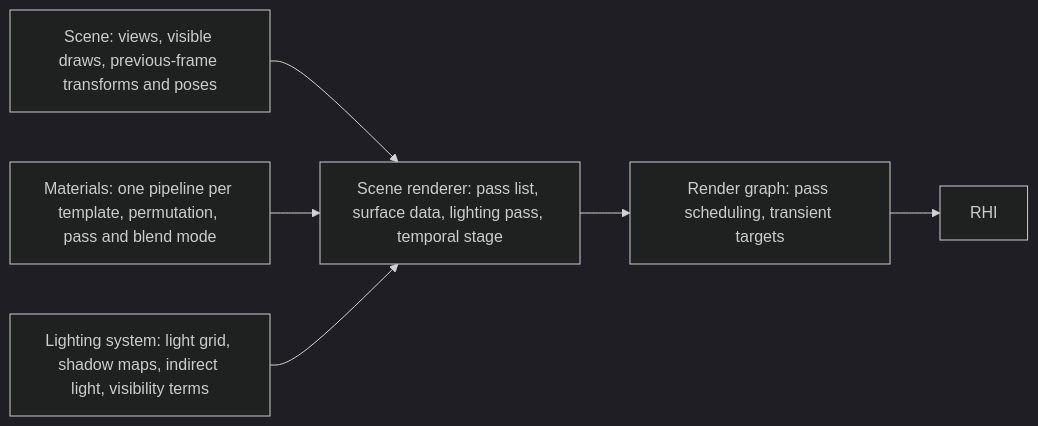
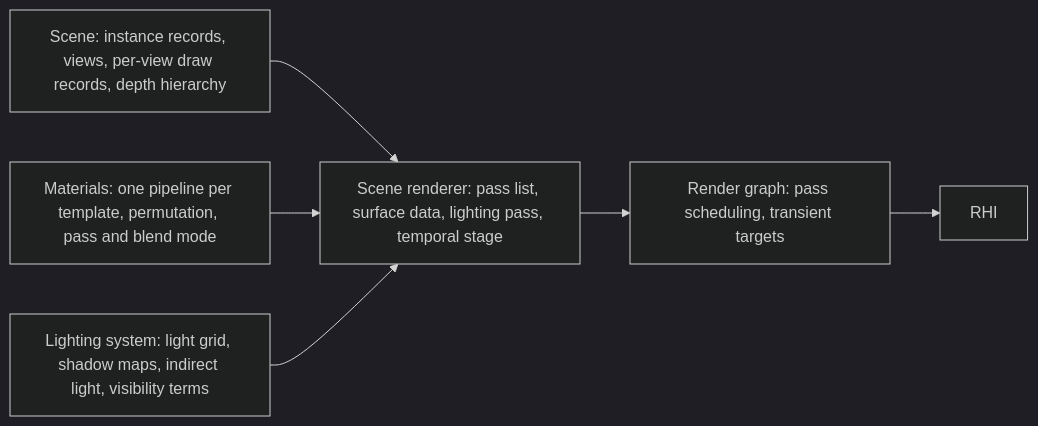
One commit to plainsight-systems/bullet-witch changed the first of 3 diagrams in docs/architecture/scene-renderer.md. Above: the diagram before and after it, drawn with Mermaid (dark theme). The commit also changed other lines of this file and 4 other files, not shown here.

Commit message:
Describe the scene: instance records, two-stage two-phase culling, counted multi-draw per view

````diff
--- a/docs/architecture/scene-renderer.md
+++ b/docs/architecture/scene-renderer.md
@@ -19,8 +20,8 @@
 ```mermaid
 flowchart LR
-    SC["Scene: views, visible draws, previous-frame transforms and poses"] --> SR["Scene renderer: pass list, surface data, lighting pass, temporal stage"]
+    SC["Scene: instance records, views, per-view draw records, depth hierarchy"] --> SR["Scene renderer: pass list, surface data, lighting pass, temporal stage"]
     MT["Materials: one pipeline per template, permutation, pass and blend mode"] --> SR
     LT["Lighting system: light grid, shadow maps, indirect light, visibility terms"] --> SR
     SR --> RG["Render graph: pass scheduling, transient targets"]
     RG --> RHI["RHI"]
 ```
````
